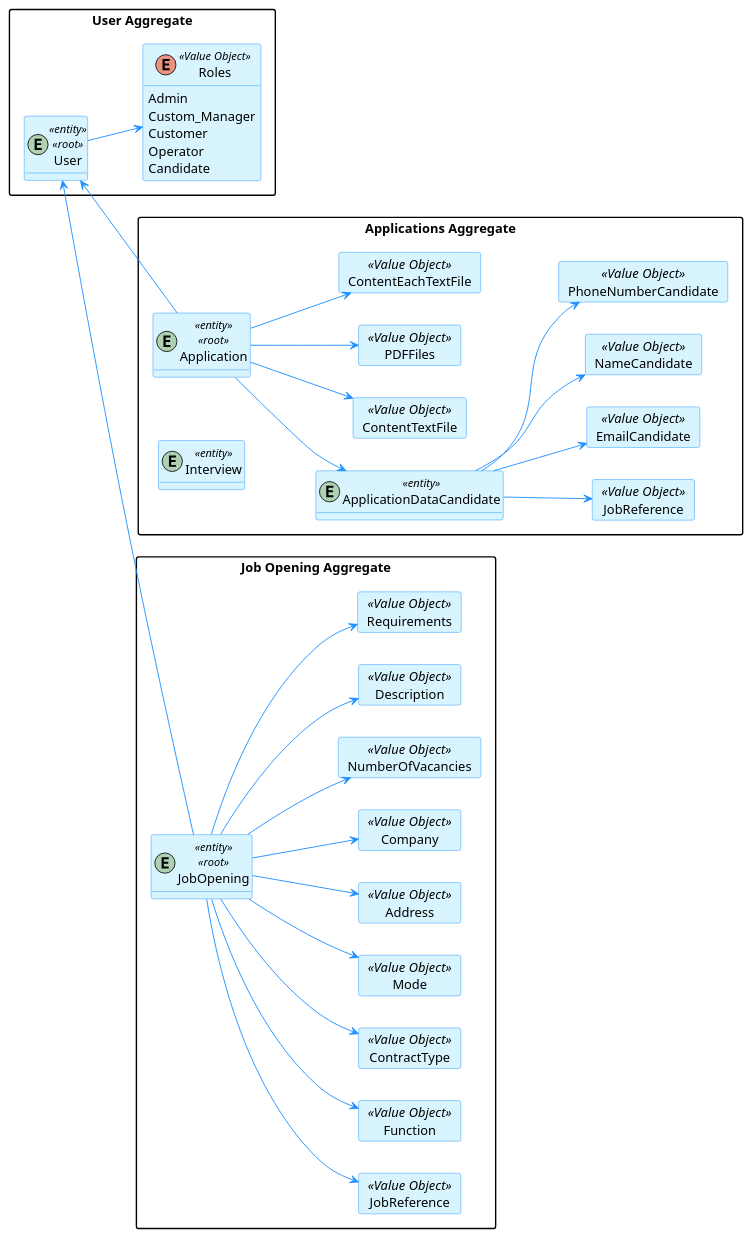
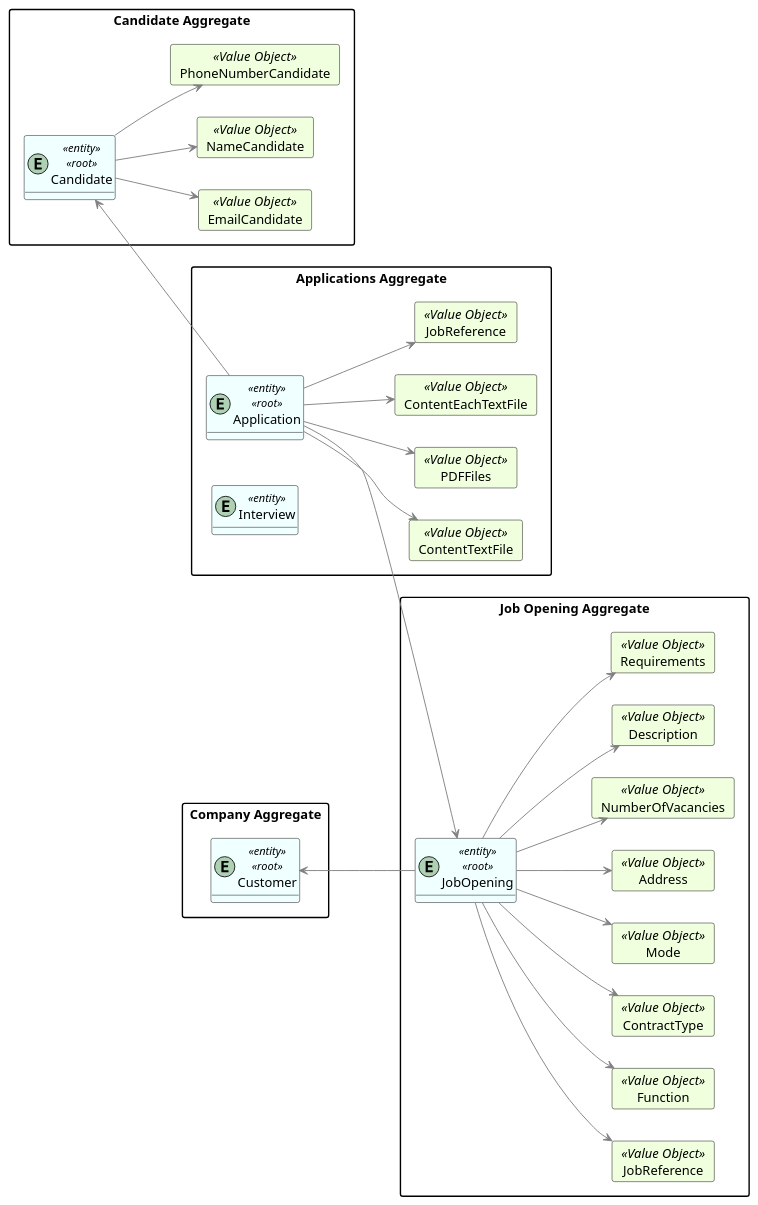
Before and after one commit to MiguelCardoso77/LAPR4: the diagram in docs/Sprint A/G006/domain_model.puml, drawn with PlantUML.

Commit message:
#6 - alteration on structure of domain model, entity candidate and customer added

```diff
--- a/docs/Sprint A/G006/domain_model.puml
+++ b/docs/Sprint A/G006/domain_model.puml
@@ -1,121 +1,105 @@
 @startuml
 hide methods
 left to right direction
 
 skinparam classAttributeIconSize 0
 
 skinparam class {
-    LifeLineBorderColor DodgerBlue
+    LifeLineBorderColor DarkBlue
     LifeLineBackgroundColor APPLICATION
-    BackgroundColor #D8F5FF
-    ArrowColor DodgerBlue
-    BorderColor DodgerBlue
+    BackgroundColor #F0FFFF
+    ArrowColor grey
+    BorderColor black
 }
 
 skinparam packageStyle rectangle
 
 skinparam card {
-    LifeLineBorderColor DodgerBlue
+    LifeLineBorderColor Green
     LifeLineBackgroundColor APPLICATION
-    BackgroundColor #D8F5FF
-    ArrowColor DodgerBlue
-    BorderColor DodgerBlue
+    BackgroundColor #F0FFDD
+    ArrowColor DarkGrey
+    BorderColor Black
 }
 
-package "User Aggregate" {
-    entity User <<entity>><<root>>
+package "Candidate Aggregate" {
+    entity Candidate <<entity>><<root>>
+        card EmailCandidate <<Value Object>> {
+            }
+        card NameCandidate <<Value Object>> {
+            }
+        card PhoneNumberCandidate <<Value Object>> {
+            }
+'Candidate value objects
+    Candidate --> EmailCandidate
+    Candidate --> NameCandidate
+    Candidate --> PhoneNumberCandidate
+}
 
-'User value objects
+package "Company Aggregate" {
+    entity Customer <<entity>><<root>>
 
-    enum Roles <<Value Object>> {
-        Admin
-        Custom_Manager
-        Customer
-        Operator
-        Candidate
-    }
-    User --> Roles
-
+'Customer value objects
 
 }
 
 package "Applications Aggregate" {
     entity Application <<entity>><<root>>
 'Applications value objects
         card ContentTextFile <<Value Object>>{
             }
         card PDFFiles <<Value Object>>{
             }
         card ContentEachTextFile <<Value Object>> {
             }
-
-
-    entity ApplicationDataCandidate <<entity>> {
-        }
-'ApplicationsDataCandidate value objects
-
         card JobReference <<Value Object>> {
             }
-        card EmailCandidate <<Value Object>> {
-            }
-        card NameCandidate <<Value Object>> {
-            }
-        card PhoneNumberCandidate <<Value Object>> {
-            }
-
 
     entity Interview <<entity>>
 'Interview value objects
 
 
 
     Application --> ContentTextFile
     Application --> PDFFiles
     Application --> ContentEachTextFile
-    Application --> ApplicationDataCandidate
+    Application --> JobReference
 
-    ApplicationDataCandidate --> JobReference
-    ApplicationDataCandidate --> EmailCandidate
-    ApplicationDataCandidate --> NameCandidate
-    ApplicationDataCandidate --> PhoneNumberCandidate
 
 
 }
 package "Job Opening Aggregate" {
     entity JobOpening <<entity>><<root>>
 'Job Opening value objects
         card JobReference <<Value Object>> {
             }
         card Function <<Value Object>> {
             }
         card ContractType <<Value Object>> {
             }
         card Mode <<Value Object>> {
             }
         card Address <<Value Object>> {
             }
-        card Company <<Value Object>> {
-            }
         card NumberOfVacancies <<Value Object>> {
             }
         card Description <<Value Object>> {
             }
         card Requirements <<Value Object>> {
             }
 
 
         JobOpening --> JobReference
         JobOpening --> Function
         JobOpening --> ContractType
         JobOpening --> Mode
         JobOpening --> Address
-        JobOpening --> Company
         JobOpening --> NumberOfVacancies
         JobOpening --> Description
         JobOpening --> Requirements
 }
 
-User <-- Application
-User <-- JobOpening
-
+Candidate <-- Application
+Customer <-- JobOpening
+Application --> JobOpening
 @enduml
```
